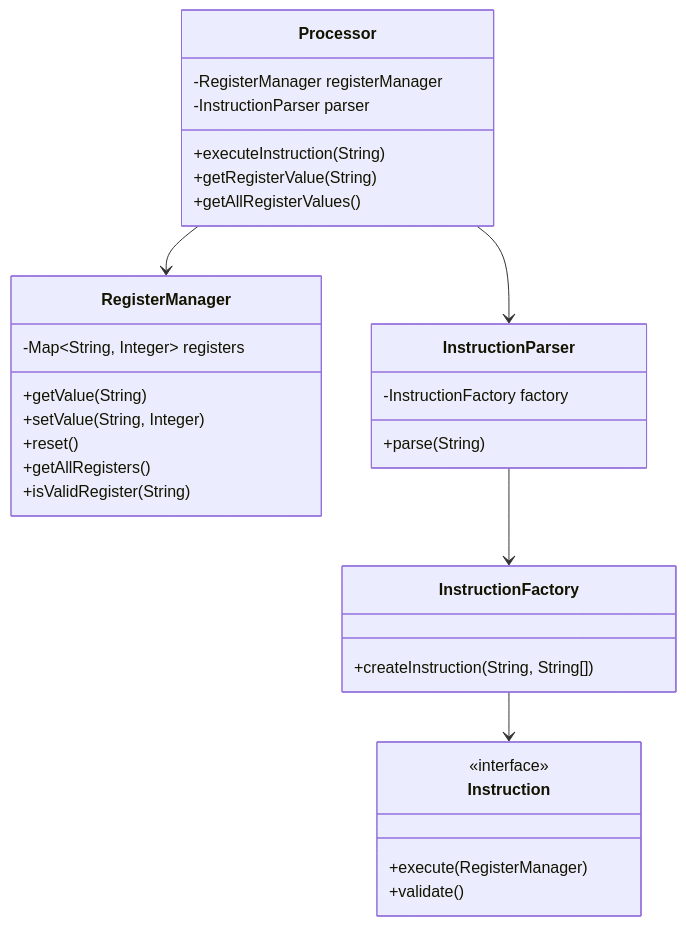
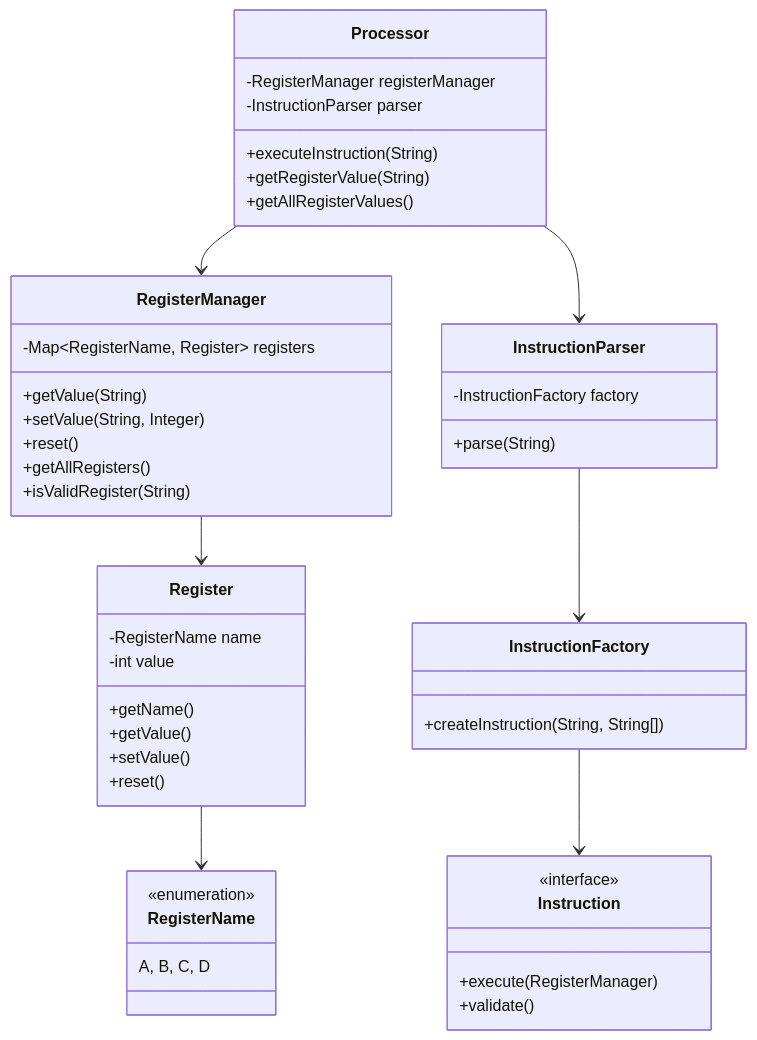
The seventh of 8 diagrams in memory-bank/systemPatterns.md (vinaysingri/opcode-ai), drawn with Mermaid before and after one commit. The commit also changed other lines of this file and 2 other files, not shown here.

````diff
--- a/memory-bank/systemPatterns.md
+++ b/memory-bank/systemPatterns.md
@@ -176,39 +200,56 @@
 ```mermaid
 classDiagram
     class Processor {
         -RegisterManager registerManager
         -InstructionParser parser
         +executeInstruction(String)
         +getRegisterValue(String)
         +getAllRegisterValues()
     }
     
+    class RegisterName {
+        <<enumeration>>
+        A, B, C, D
+    }
+
+    class Register {
+        -RegisterName name
+        -int value
+        +getName()
+        +getValue()
+        +setValue()
+        +reset()
+    }
+
     class RegisterManager {
-        -Map~String, Integer~ registers
+        -Map~RegisterName, Register~ registers
         +getValue(String)
         +setValue(String, Integer)
         +reset()
         +getAllRegisters()
         +isValidRegister(String)
     }
+
+    RegisterManager --> Register
+    Register --> RegisterName
     
     class InstructionParser {
         -InstructionFactory factory
         +parse(String)
     }
     
     class InstructionFactory {
         +createInstruction(String, String[])
     }
     
     class Instruction {
         <<interface>>
         +execute(RegisterManager)
         +validate()
     }
     
     Processor --> RegisterManager
     Processor --> InstructionParser
     InstructionParser --> InstructionFactory
     InstructionFactory --> Instruction
 ```
````
